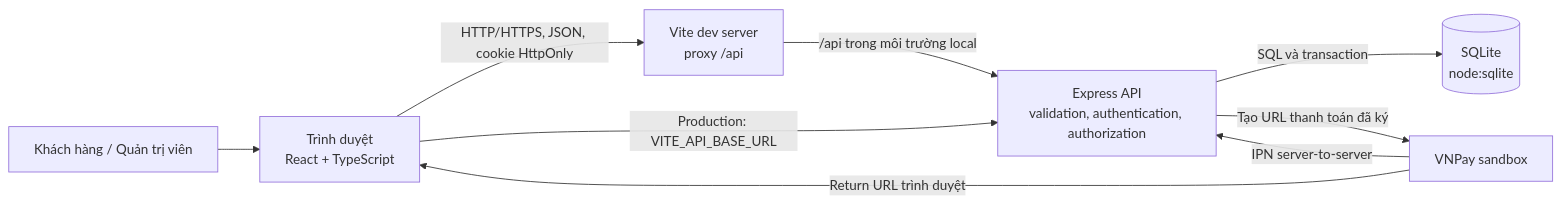
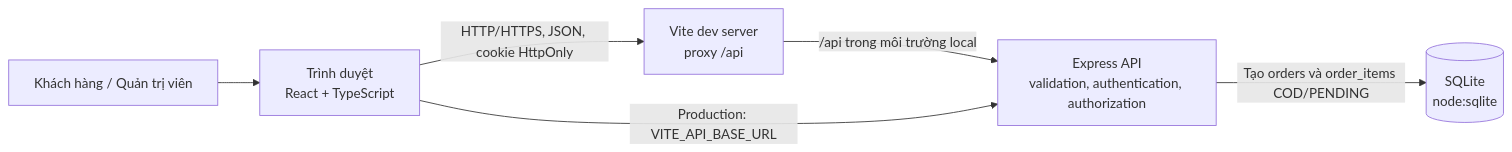
One commit to lobinh1101-commits/Dongo-Storefront changed the first of 2 diagrams in docs/bao-ve-do-an/01-tong-quan-kien-truc.md. Above: the diagram before and after it, drawn with Mermaid. The commit also changed other lines of this file and 24 other files, not shown here.

Commit message:
Chuyen doi thanh toan VNPay sang COD

````diff
--- a/docs/bao-ve-do-an/01-tong-quan-kien-truc.md
+++ b/docs/bao-ve-do-an/01-tong-quan-kien-truc.md
@@ -23,18 +23,14 @@
 ```mermaid
 flowchart LR
     User[Khách hàng / Quản trị viên]
     Browser[Trình duyệt<br/>React + TypeScript]
     Vite[Vite dev server<br/>proxy /api]
     API[Express API<br/>validation, authentication, authorization]
     DB[(SQLite<br/>node:sqlite)]
-    VNPay[VNPay sandbox]
 
     User --> Browser
     Browser -->|HTTP/HTTPS, JSON, cookie HttpOnly| Vite
     Vite -->|/api trong môi trường local| API
     Browser -->|Production: VITE_API_BASE_URL| API
-    API -->|SQL và transaction| DB
-    API -->|Tạo URL thanh toán đã ký| VNPay
-    VNPay -->|IPN server-to-server| API
-    VNPay -->|Return URL trình duyệt| Browser
+    API -->|Tạo orders và order_items COD/PENDING| DB
 ```
````
